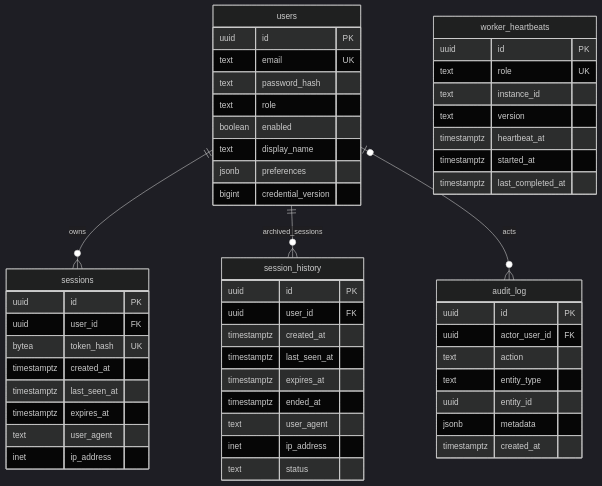
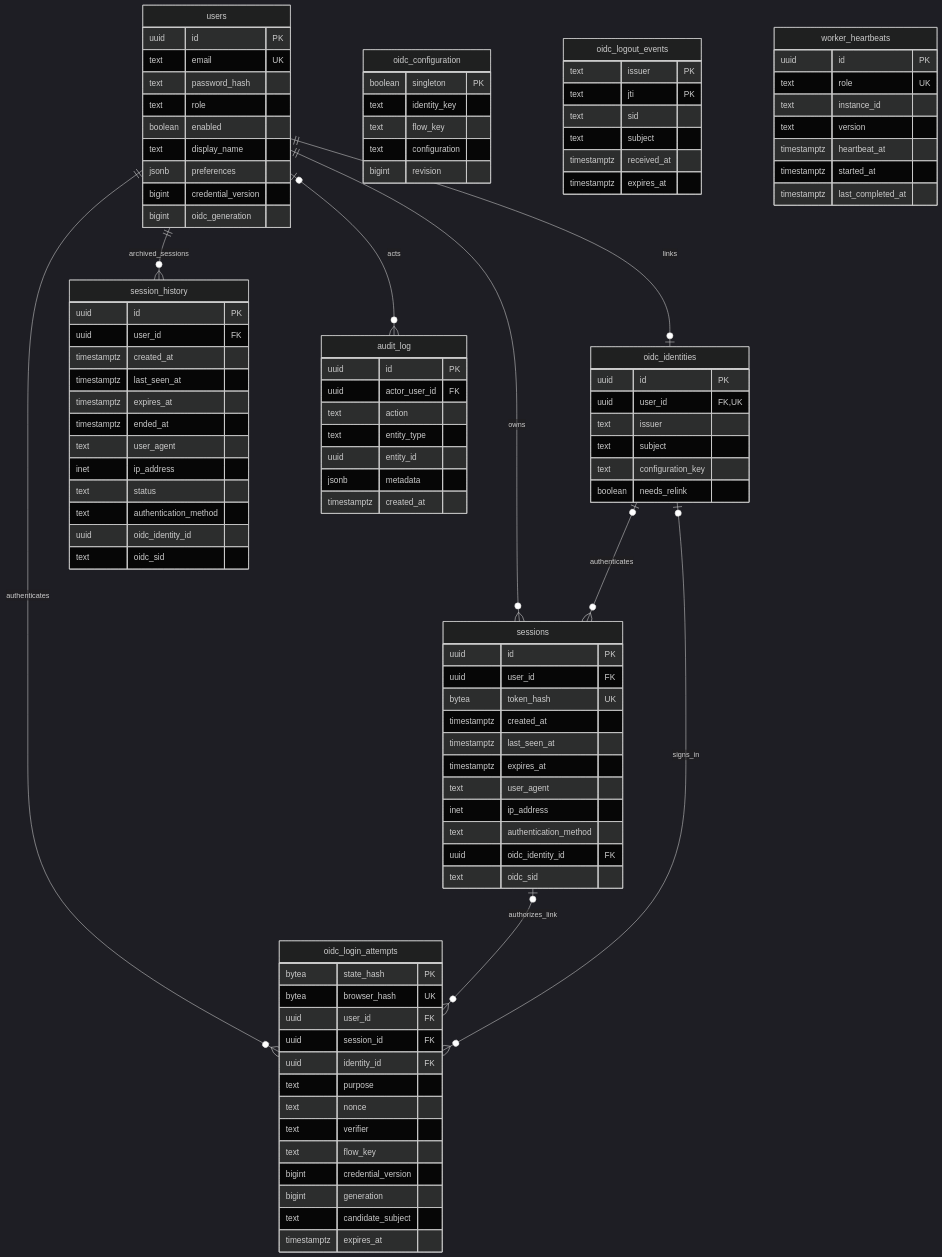
Before and after one commit to smehlhoff/statusdeck: the fourth of 4 diagrams in docs/database-erd.md, drawn with Mermaid (dark theme). The commit also changed other lines of this file and 5 other files, not shown here.

Commit message:
Refresh architecture and OIDC deployment documentation

````diff
--- a/docs/database-erd.md
+++ b/docs/database-erd.md
@@ -399,6 +399,49 @@
         text display_name
         jsonb preferences
         bigint credential_version
+        bigint oidc_generation
+    }
+
+    oidc_configuration {
+        boolean singleton PK
+        text identity_key
+        text flow_key
+        text configuration
+        bigint revision
+    }
+
+    oidc_identities {
+        uuid id PK
+        uuid user_id FK,UK
+        text issuer
+        text subject
+        text configuration_key
+        boolean needs_relink
+    }
+
+    oidc_login_attempts {
+        bytea state_hash PK
+        bytea browser_hash UK
+        uuid user_id FK
+        uuid session_id FK
+        uuid identity_id FK
+        text purpose
+        text nonce
+        text verifier
+        text flow_key
+        bigint credential_version
+        bigint generation
+        text candidate_subject
+        timestamptz expires_at
+    }
+
+    oidc_logout_events {
+        text issuer PK
+        text jti PK
+        text sid
+        text subject
+        timestamptz received_at
+        timestamptz expires_at
     }
 
     sessions {
@@ -410,6 +453,9 @@
         timestamptz expires_at
         text user_agent
         inet ip_address
+        text authentication_method
+        uuid oidc_identity_id FK
+        text oidc_sid
     }
 
     session_history {
@@ -422,6 +468,9 @@
         text user_agent
         inet ip_address
         text status
+        text authentication_method
+        uuid oidc_identity_id
+        text oidc_sid
     }
 
     audit_log {
@@ -445,6 +494,11 @@
     }
 
     users ||--o{ sessions : owns
+    users ||--o| oidc_identities : links
+    users ||--o{ oidc_login_attempts : authenticates
+    sessions o|--o{ oidc_login_attempts : authorizes_link
+    oidc_identities o|--o{ sessions : authenticates
+    oidc_identities o|--o{ oidc_login_attempts : signs_in
     users ||--o{ session_history : archived_sessions
     users o|--o{ audit_log : acts
 ```
````
